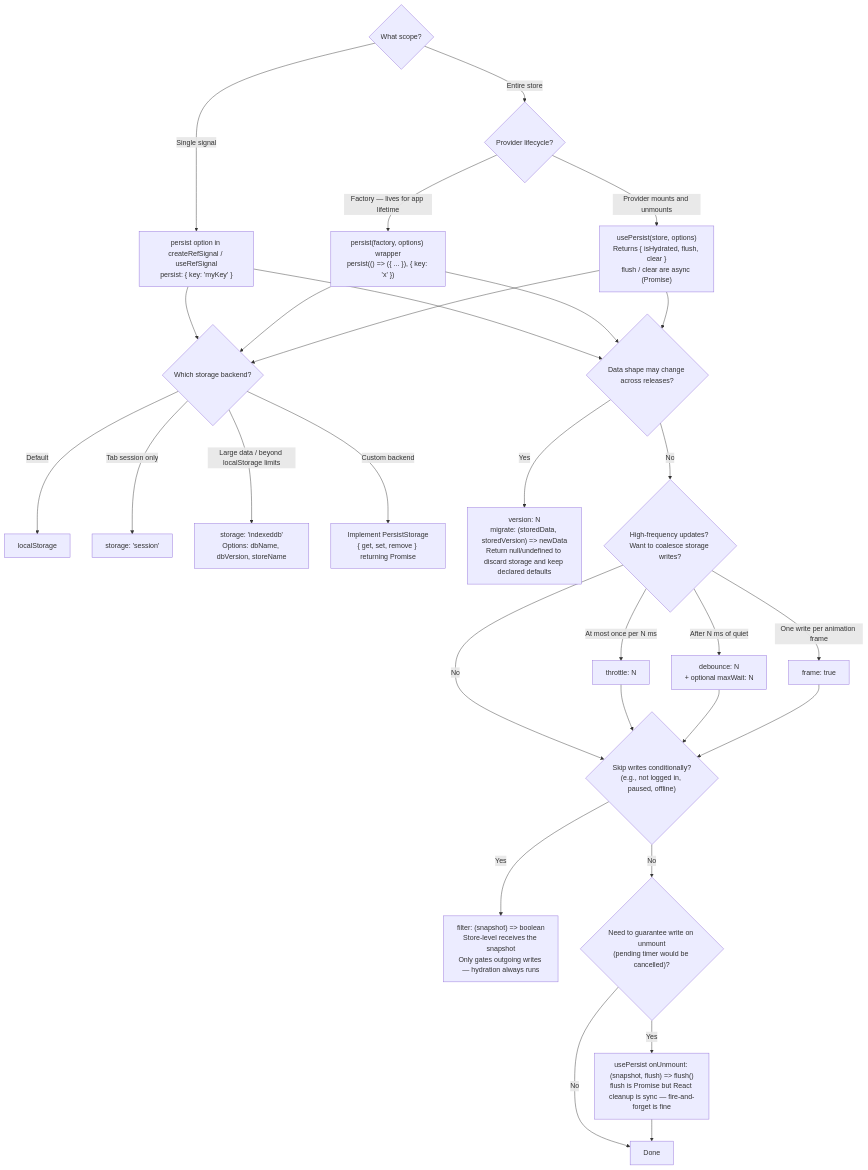
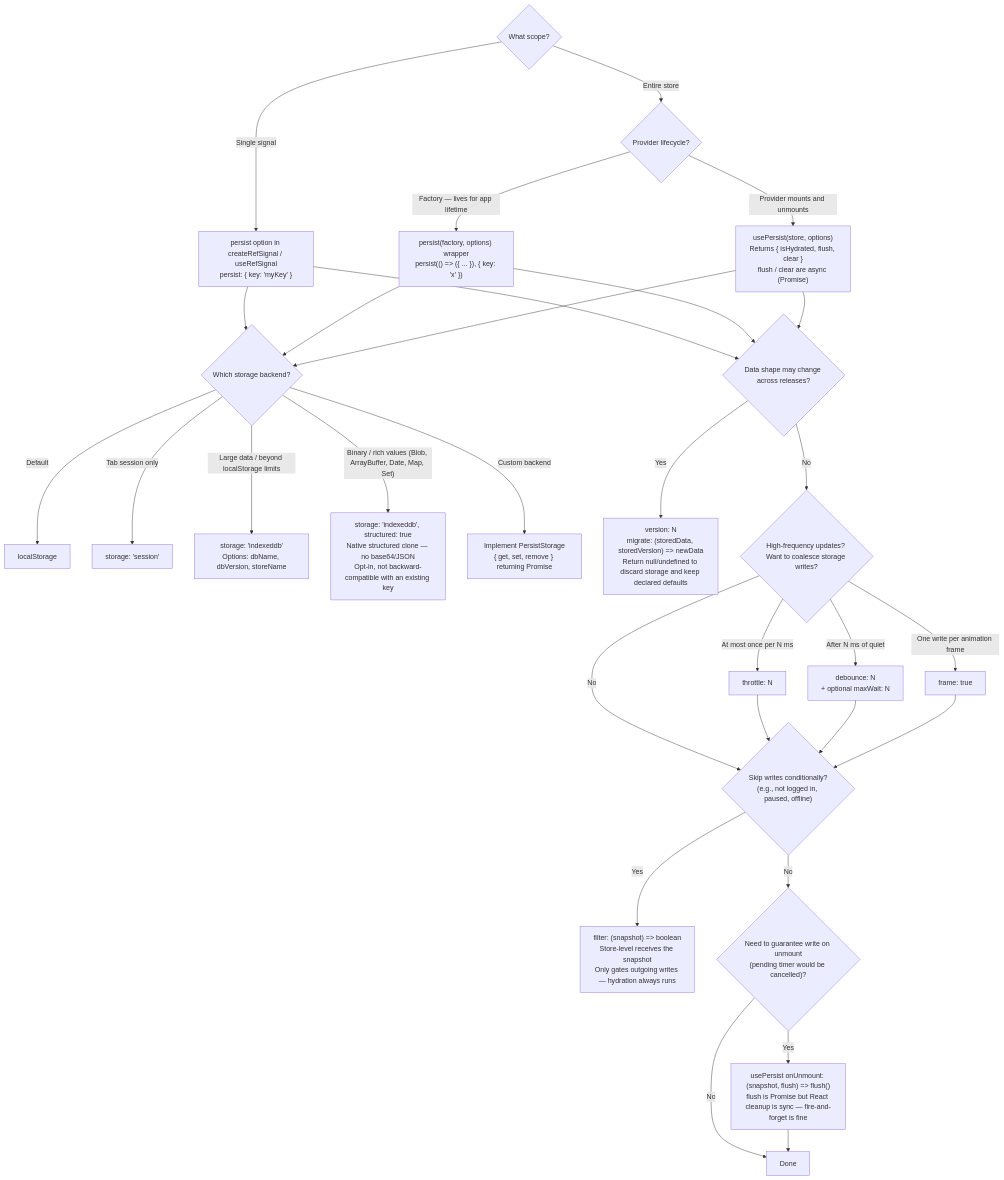
The ninth of 12 diagrams in docs/decision-tree.md (jav974/react-refsignal), drawn with Mermaid before and after one commit. The commit also changed 6 other files, not shown here.

First line of the commit message:
feat(persist): structured-clone mode for native Blob/Date/Map on IndexedDB

````diff
--- a/docs/decision-tree.md
+++ b/docs/decision-tree.md
@@ -212,36 +212,37 @@
 ```mermaid
 flowchart TD
     Q1{"What scope?"}
 
     Q1 -->|Single signal| A["persist option in createRefSignal / useRefSignal\npersist: { key: 'myKey' }"]
     Q1 -->|Entire store| Q2{"Provider lifecycle?"}
 
     Q2 -->|"Factory — lives for app lifetime"| B["persist(factory, options) wrapper\npersist(() => ({ ... }), { key: 'x' })"]
     Q2 -->|Provider mounts and unmounts| C["usePersist(store, options)\nReturns { isHydrated, flush, clear }\nflush / clear are async (Promise<void>)"]
 
     A & B & C --> Q3{"Which storage backend?"}
     Q3 -->|Default| D["localStorage"]
     Q3 -->|Tab session only| E["storage: 'session'"]
     Q3 -->|"Large data / beyond localStorage limits"| F["storage: 'indexeddb'\nOptions: dbName, dbVersion, storeName"]
+    Q3 -->|"Binary / rich values (Blob, ArrayBuffer, Date, Map, Set)"| Fs["storage: 'indexeddb', structured: true\nNative structured clone — no base64/JSON\nOpt-in, not backward-compatible with an existing key"]
     Q3 -->|Custom backend| G["Implement PersistStorage\n{ get, set, remove } returning Promise"]
 
     A & B & C --> Q4{"Data shape may change across releases?"}
     Q4 -->|Yes| H["version: N\nmigrate: (storedData, storedVersion) => newData\nReturn null/undefined to discard storage and keep declared defaults"]
     Q4 -->|No| Q5
 
     Q5{"High-frequency updates? Want to coalesce storage writes?"}
     Q5 -->|No| Qf
     Q5 -->|"At most once per N ms"| J["throttle: N"]
     Q5 -->|"After N ms of quiet"| K["debounce: N\n+ optional maxWait: N"]
     Q5 -->|"One write per animation frame"| L["frame: true"]
 
     J & K & L --> Qf
     Qf{"Skip writes conditionally?\n(e.g., not logged in, paused, offline)"}
     Qf -->|Yes| Fi["filter: (snapshot) => boolean\nStore-level receives the snapshot\nOnly gates outgoing writes — hydration always runs"]
     Qf -->|No| Q6
 
     Q6{"Need to guarantee write on unmount\n(pending timer would be cancelled)?"}
     Q6 -->|No| I[Done]
     Q6 -->|Yes| M["usePersist onUnmount: (snapshot, flush) => flush()\nflush is Promise<void> but React cleanup is sync — fire-and-forget is fine"]
     M --> I
 ```
````
